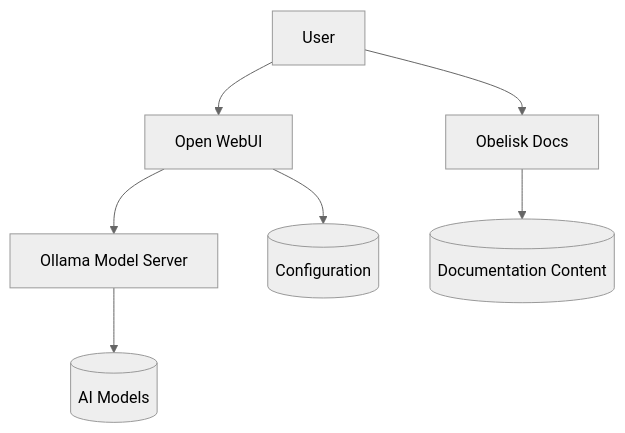
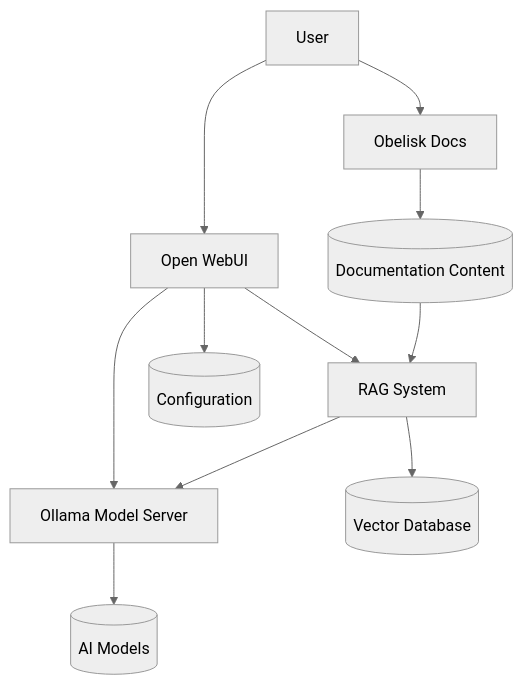
One commit to usrbinkat/obelisk changed the diagram in vault/chatbot/index.md. Above: the diagram before and after it, drawn with Mermaid (neutral theme). The commit also changed other lines of this file and 29 other files, not shown here.

First line of the commit message:
feat: implement RAG pipeline with Ollama integration

````diff
--- a/vault/chatbot/index.md
+++ b/vault/chatbot/index.md
@@ -18,9 +19,13 @@
 ```mermaid
 graph TD
     User[User] --> WebUI[Open WebUI]
     WebUI --> Ollama[Ollama Model Server]
+    WebUI --> RAG[RAG System]
+    RAG --> Ollama
+    RAG --> VectorDB[(Vector Database)]
     Ollama --> Models[(AI Models)]
     WebUI --> Config[(Configuration)]
     User --> Obelisk[Obelisk Docs]
     Obelisk --> DocContent[(Documentation Content)]
+    DocContent --> RAG
 ```
````
